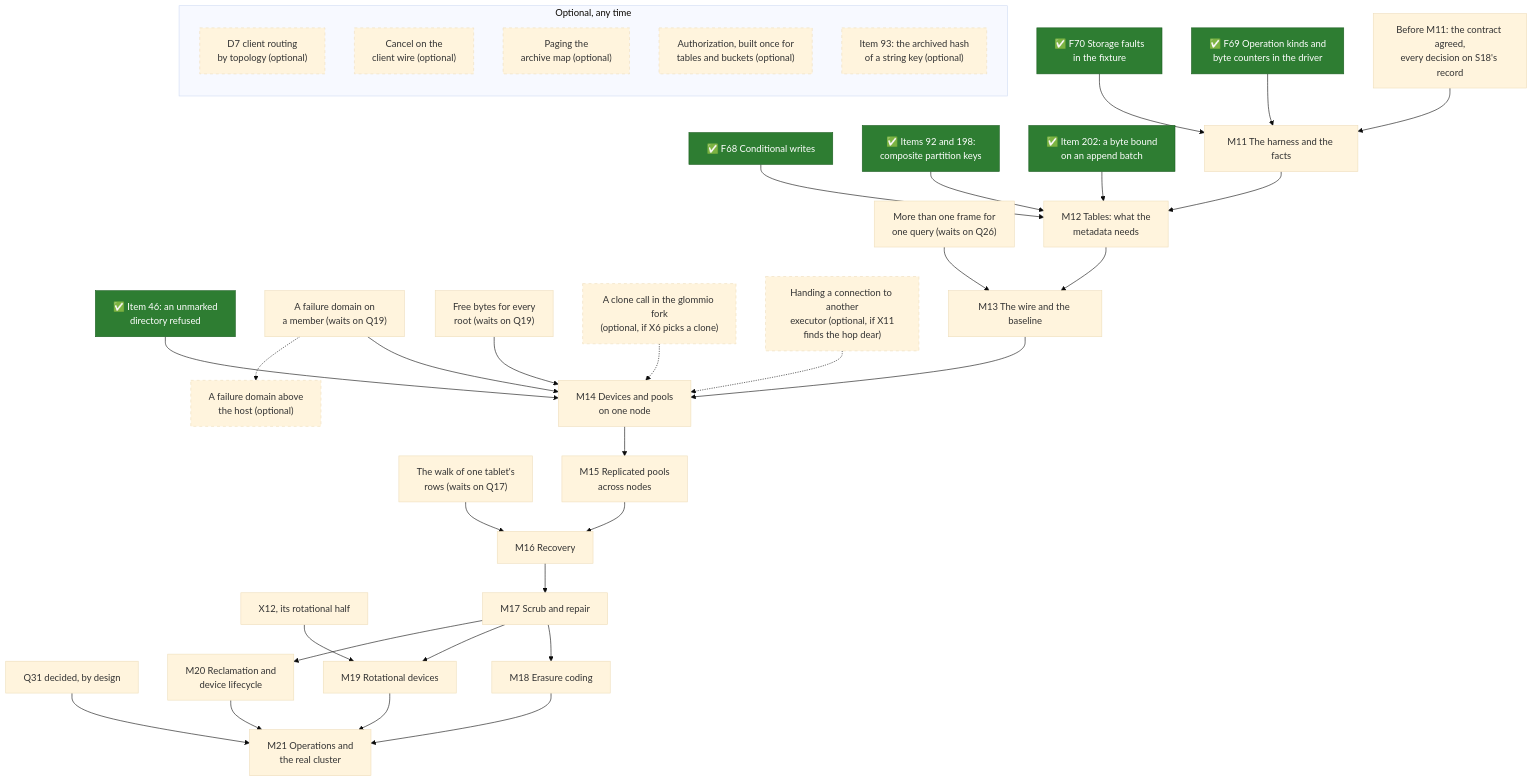
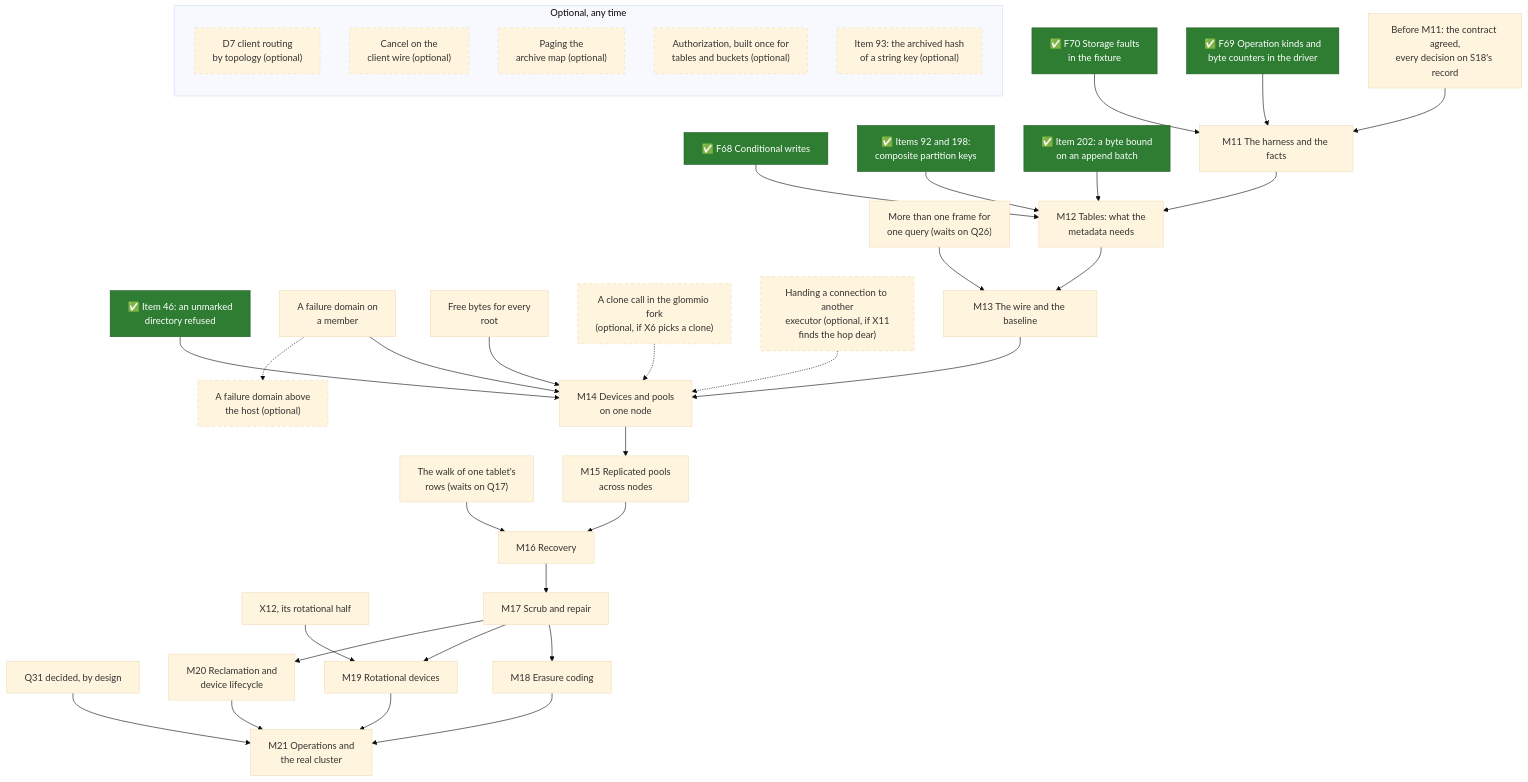
Before and after one commit to mjcarson/shoal: the second of 2 diagrams in docs/src/object-storage/whats-left-todo.md, drawn with Mermaid (base theme). The commit also changed other lines of this file and 37 other files, not shown here.

````diff
--- a/docs/src/object-storage/whats-left-todo.md
+++ b/docs/src/object-storage/whats-left-todo.md
@@ -93,59 +98,59 @@
 ```mermaid
 flowchart TB
     classDef done fill:#2e7d32,stroke:#1b5e20,color:#ffffff
     classDef optional stroke-dasharray: 5 5
     Gate["Before M11: the contract agreed,<br>every decision on S18's record"]
     F69["✅ F69 Operation kinds and<br>byte counters in the driver"]:::done
     F70["✅ F70 Storage faults<br>in the fixture"]:::done
     F68["✅ F68 Conditional writes"]:::done
     I198["✅ Items 92 and 198:<br>composite partition keys"]:::done
     I202["✅ Item 202: a byte bound<br>on an append batch"]:::done
     I46["✅ Item 46: an unmarked<br>directory refused"]:::done
     Frames["More than one frame for<br>one query (waits on Q26)"]
-    Domain["A failure domain on<br>a member (waits on Q19)"]
-    Free["Free bytes for every<br>root (waits on Q19)"]
+    Domain["A failure domain on<br>a member"]
+    Free["Free bytes for every<br>root"]
     Walk["The walk of one tablet's<br>rows (waits on Q17)"]
     Clone["A clone call in the glommio fork<br>(optional, if X6 picks a clone)"]:::optional
     Handoff["Handing a connection to another<br>executor (optional, if X11<br>finds the hop dear)"]:::optional
     Rack["A failure domain above<br>the host (optional)"]:::optional
     X12r["X12, its rotational half"]
     Q31["Q31 decided, by design"]
     M11["M11 The harness and the facts"]
     M12["M12 Tables: what the<br>metadata needs"]
     M13["M13 The wire and the baseline"]
     M14["M14 Devices and pools<br>on one node"]
     M15["M15 Replicated pools<br>across nodes"]
     M16["M16 Recovery"]
     M17["M17 Scrub and repair"]
     M18["M18 Erasure coding"]
     M19["M19 Rotational devices"]
     M20["M20 Reclamation and<br>device lifecycle"]
     M21["M21 Operations and<br>the real cluster"]
     Gate --> M11 --> M12 --> M13 --> M14 --> M15 --> M16 --> M17
     M17 --> M18 --> M21
     M17 --> M19 --> M21
     M17 --> M20 --> M21
     F69 --> M11
     F70 --> M11
     F68 --> M12
     I198 --> M12
     I202 --> M12
     Frames --> M13
     I46 --> M14
     Domain --> M14
     Free --> M14
     Clone -.-> M14
     Handoff -.-> M14
     Domain -.-> Rack
     Walk --> M16
     X12r --> M19
     Q31 --> M21
     subgraph anytime["Optional, any time"]
         direction TB
         D7["D7 client routing<br>by topology (optional)"]:::optional
         Cancel["Cancel on the<br>client wire (optional)"]:::optional
         Paging["Paging the<br>archive map (optional)"]:::optional
         Authz["Authorization, built once for<br>tables and buckets (optional)"]:::optional
         I93["Item 93: the archived hash<br>of a string key (optional)"]:::optional
     end
 ```
````
